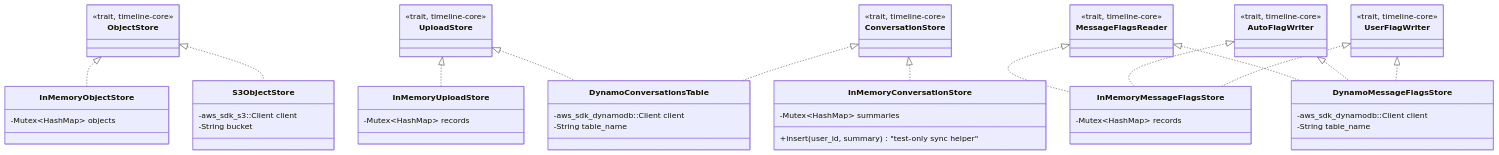
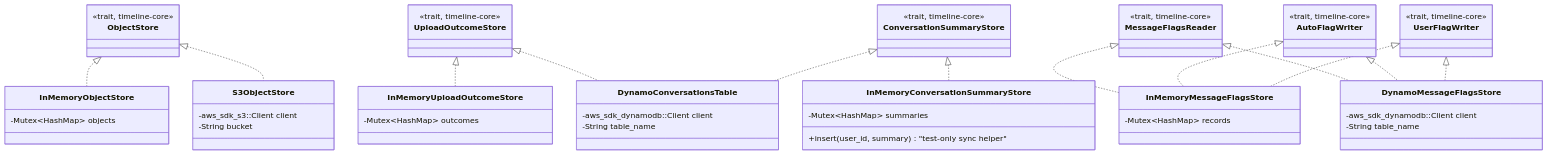
The diagram in backend/timeline-storage/README.md (Telotrope/conversation-timeline), drawn with Mermaid before and after one commit. The commit also changed other lines of this file and 2 other files, not shown here.

Commit message:
Update crate READMEs for the UploadOutcomeStore/ConversationSummaryStore rename
Documentation follow-up to the C11-C13 port redesign: table rows, prose,
and mermaid class diagrams in timeline-core/README.md,
timeline-storage/README.md, and timeline-api/README.md referenced the old
UploadStore/UploadRecord/UploadStatus and ConversationStore names and
shapes.

````diff
--- a/backend/timeline-storage/README.md
+++ b/backend/timeline-storage/README.md
@@ -63,60 +64,60 @@
 ```mermaid
 classDiagram
     class ObjectStore {
         <<trait, timeline-core>>
     }
-    class UploadStore {
+    class UploadOutcomeStore {
         <<trait, timeline-core>>
     }
-    class ConversationStore {
+    class ConversationSummaryStore {
         <<trait, timeline-core>>
     }
     class MessageFlagsReader {
         <<trait, timeline-core>>
     }
     class AutoFlagWriter {
         <<trait, timeline-core>>
     }
     class UserFlagWriter {
         <<trait, timeline-core>>
     }
 
     class InMemoryObjectStore {
         -Mutex~HashMap~ objects
     }
-    class InMemoryUploadStore {
-        -Mutex~HashMap~ records
+    class InMemoryUploadOutcomeStore {
+        -Mutex~HashMap~ outcomes
     }
-    class InMemoryConversationStore {
+    class InMemoryConversationSummaryStore {
         -Mutex~HashMap~ summaries
         +insert(user_id, summary)  "test-only sync helper"
     }
     class InMemoryMessageFlagsStore {
         -Mutex~HashMap~ records
     }
     class S3ObjectStore {
         -aws_sdk_s3::Client client
         -String bucket
     }
     class DynamoConversationsTable {
         -aws_sdk_dynamodb::Client client
         -String table_name
     }
     class DynamoMessageFlagsStore {
         -aws_sdk_dynamodb::Client client
         -String table_name
     }
 
     ObjectStore <|.. InMemoryObjectStore
     ObjectStore <|.. S3ObjectStore
-    UploadStore <|.. InMemoryUploadStore
-    UploadStore <|.. DynamoConversationsTable
-    ConversationStore <|.. InMemoryConversationStore
-    ConversationStore <|.. DynamoConversationsTable
+    UploadOutcomeStore <|.. InMemoryUploadOutcomeStore
+    UploadOutcomeStore <|.. DynamoConversationsTable
+    ConversationSummaryStore <|.. InMemoryConversationSummaryStore
+    ConversationSummaryStore <|.. DynamoConversationsTable
     MessageFlagsReader <|.. InMemoryMessageFlagsStore
     AutoFlagWriter <|.. InMemoryMessageFlagsStore
     UserFlagWriter <|.. InMemoryMessageFlagsStore
     MessageFlagsReader <|.. DynamoMessageFlagsStore
     AutoFlagWriter <|.. DynamoMessageFlagsStore
     UserFlagWriter <|.. DynamoMessageFlagsStore
 ```
````
